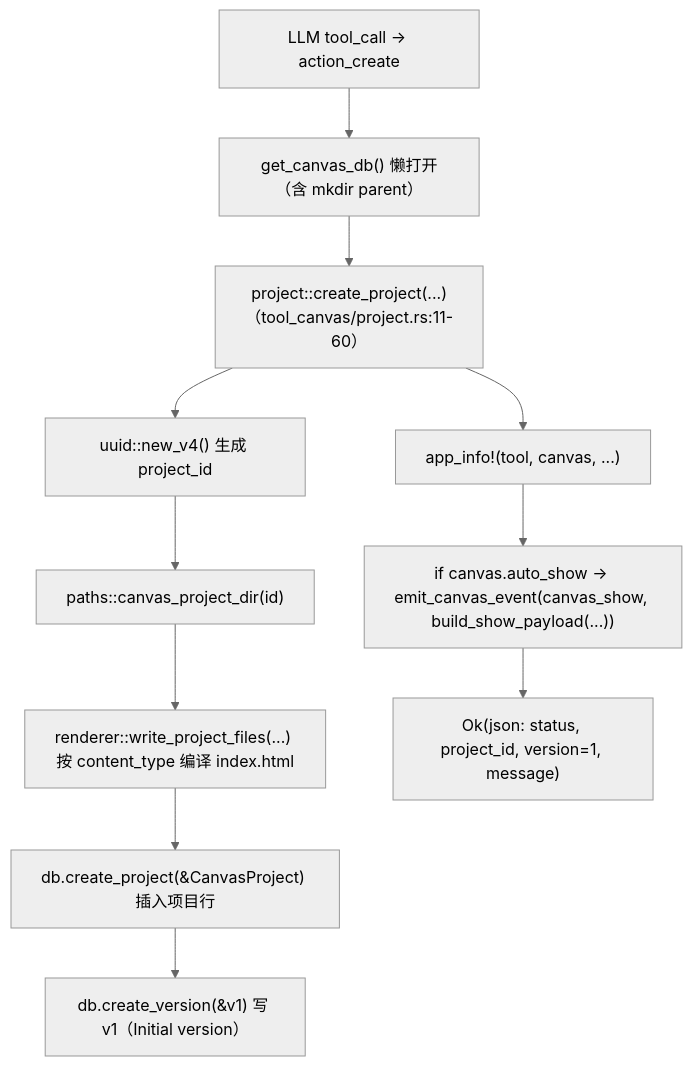
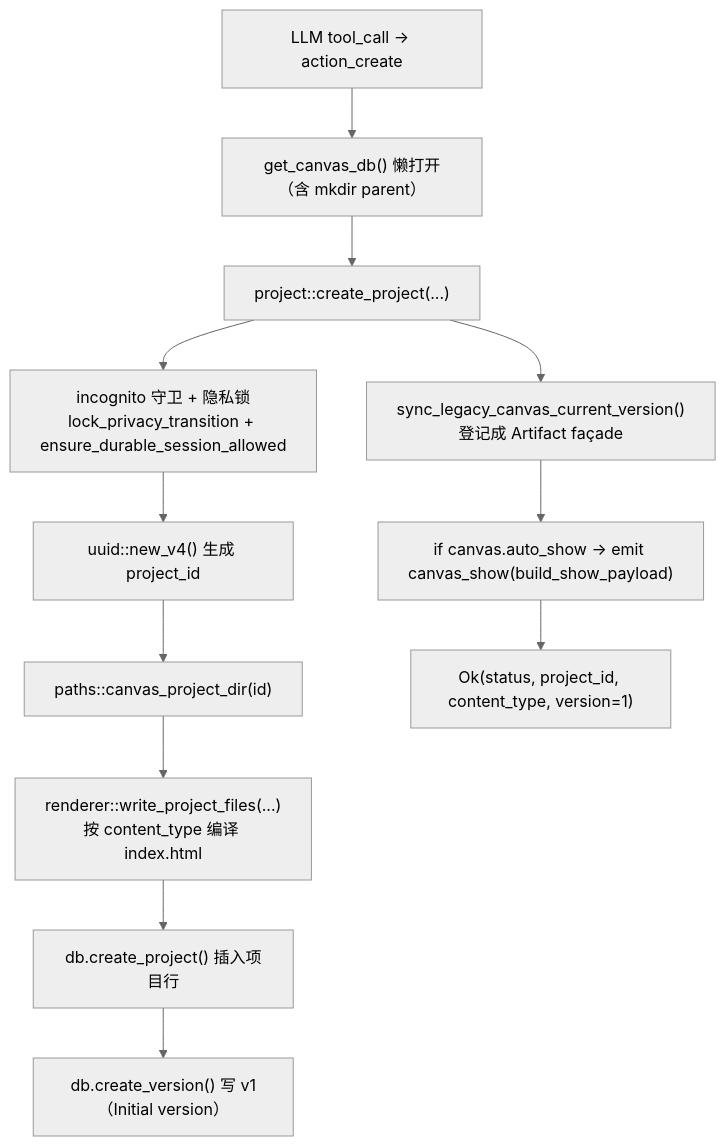
One commit to shiwenwen/hope-agent changed the second of 4 diagrams in docs/architecture/canvas.md. Above: the diagram before and after it, drawn with Mermaid (neutral theme). The commit also changed other lines of this file and 12 other files, not shown here.

````diff
--- a/docs/architecture/canvas.md
+++ b/docs/architecture/canvas.md
@@ -178,17 +188,18 @@
 ```mermaid
 flowchart TD
     TC["LLM tool_call → action_create"]
     DB["get_canvas_db() 懒打开（含 mkdir parent）"]
-    CP["project::create_project(...)（tool_canvas/project.rs:11-60）"]
+    CP["project::create_project(...)"]
+    GUARD["incognito 守卫 + 隐私锁<br/>lock_privacy_transition + ensure_durable_session_allowed"]
     CP1["uuid::new_v4() 生成 project_id"]
     CP2["paths::canvas_project_dir(id)"]
-    CP3["renderer::write_project_files(...) 按 content_type 编译 index.html"]
-    CP4["db.create_project(&CanvasProject) 插入项目行"]
-    CP5["db.create_version(&v1) 写 v1（Initial version）"]
-    LOG["app_info!(tool, canvas, ...)"]
-    SHOW["if canvas.auto_show → emit_canvas_event(canvas_show, build_show_payload(...))"]
-    OK["Ok(json: status, project_id, version=1, message)"]
+    CP3["renderer::write_project_files(...)<br/>按 content_type 编译 index.html"]
+    CP4["db.create_project() 插入项目行"]
+    CP5["db.create_version() 写 v1（Initial version）"]
+    SYNC["sync_legacy_canvas_current_version()<br/>登记成 Artifact façade"]
+    SHOW["if canvas.auto_show → emit canvas_show(build_show_payload)"]
+    OK["Ok(status, project_id, content_type, version=1)"]
 
-    TC --> DB --> CP --> LOG --> SHOW --> OK
-    CP --> CP1 --> CP2 --> CP3 --> CP4 --> CP5
+    TC --> DB --> CP --> SYNC --> SHOW --> OK
+    CP --> GUARD --> CP1 --> CP2 --> CP3 --> CP4 --> CP5
 ```
````
